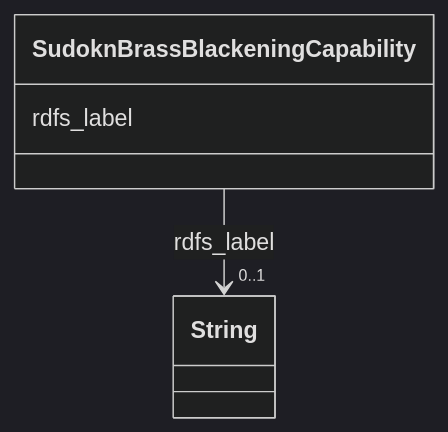
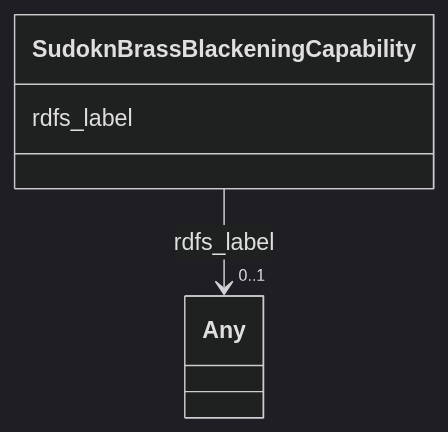
The diagram in sudokn-kg/classes/SudoknBrassBlackeningCapability.md (frink-okn/graph-descriptions), drawn with Mermaid (dark theme) before and after one commit. The commit also changed other lines of this file and 903 other files, not shown here.

````diff
--- a/sudokn-kg/classes/SudoknBrassBlackeningCapability.md
+++ b/sudokn-kg/classes/SudoknBrassBlackeningCapability.md
@@ -23,15 +18,15 @@
 ```mermaid
  classDiagram
     class SudoknBrassBlackeningCapability
     click SudoknBrassBlackeningCapability href "../SudoknBrassBlackeningCapability"
       SudoknBrassBlackeningCapability : rdfs_label
         
           
     
     
-    SudoknBrassBlackeningCapability --> "0..1" String : rdfs_label
-    click String href "../String"
+    SudoknBrassBlackeningCapability --> "0..1" Any : rdfs_label
+    click Any href "../Any"
 
         
       
 ```
````
